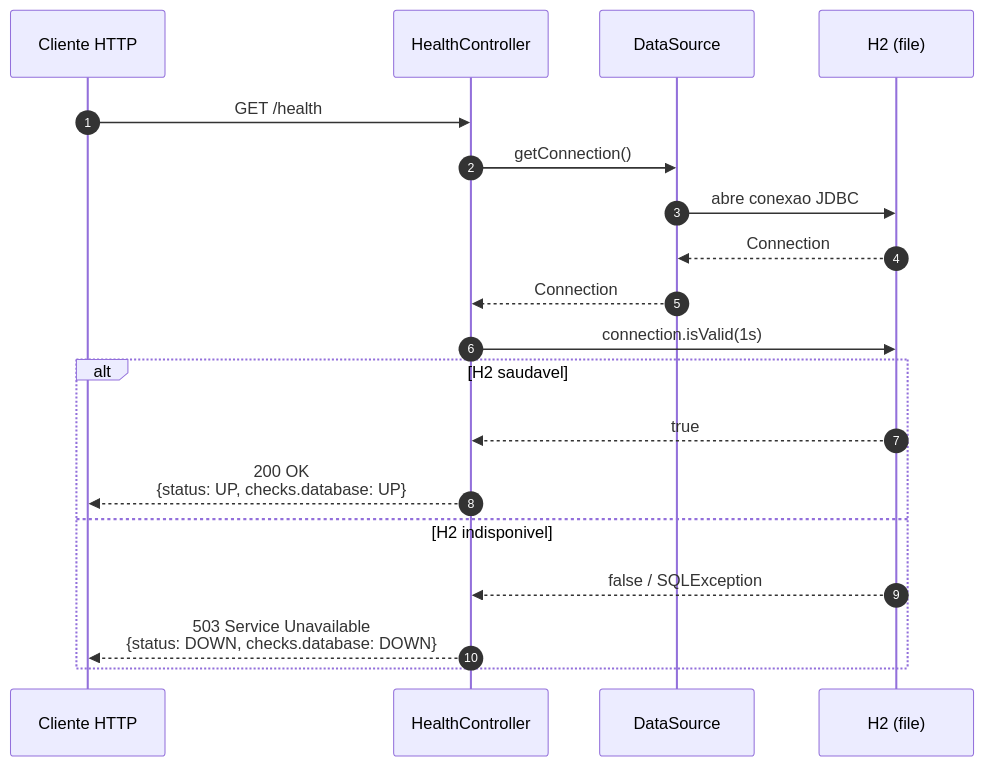
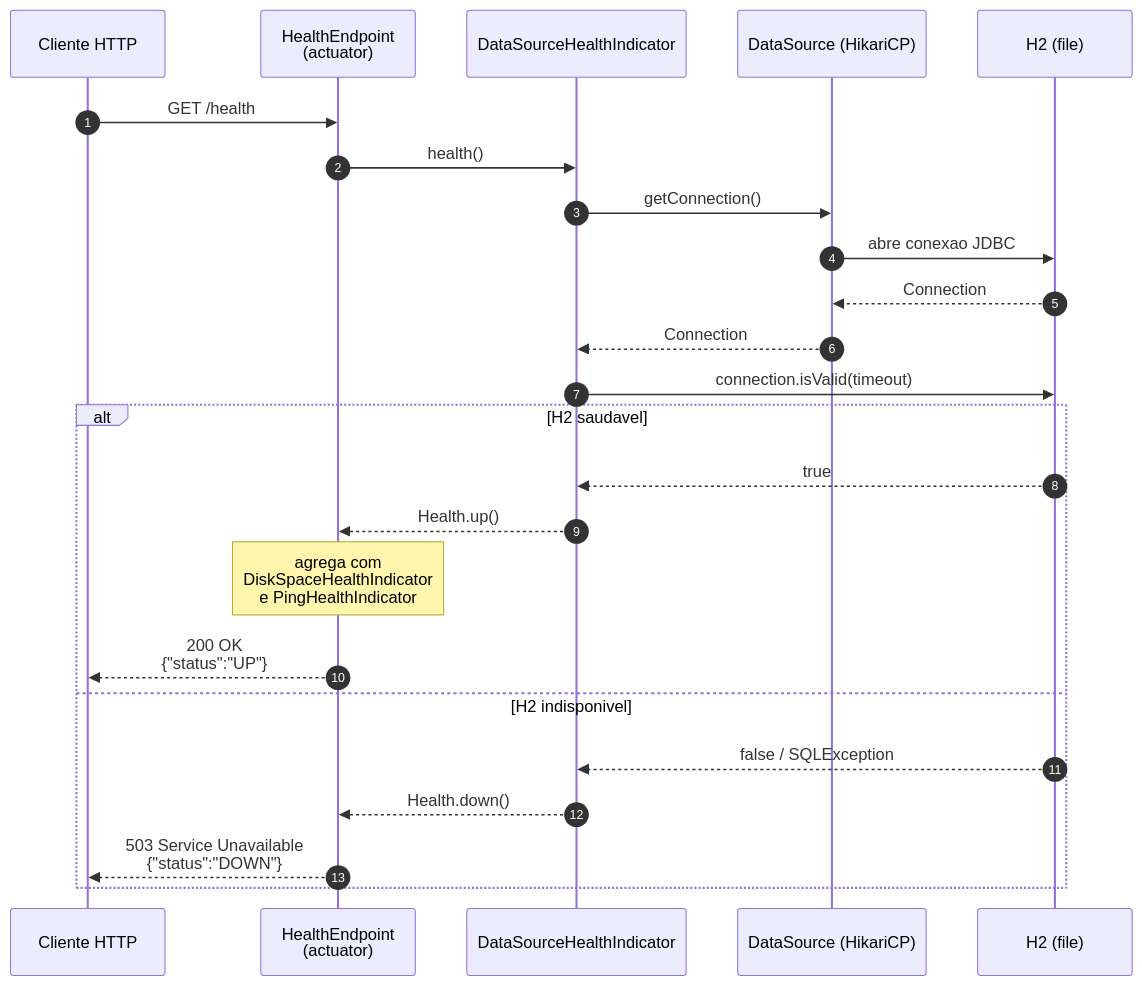
Before and after one commit to marcosandre19/ToDo-IA-ms: the fourth of 5 diagrams in docs/diagramas.md, drawn with Mermaid. The commit also changed other lines of this file and 3 other files, not shown here.

````diff
--- a/docs/diagramas.md
+++ b/docs/diagramas.md
@@ -124,23 +129,28 @@
 ```mermaid
 sequenceDiagram
     autonumber
     participant C as Cliente HTTP
-    participant HC as HealthController
-    participant DS as DataSource
+    participant HE as HealthEndpoint<br/>(actuator)
+    participant DHI as DataSourceHealthIndicator
+    participant DS as DataSource (HikariCP)
     participant H2 as H2 (file)
 
-    C->>HC: GET /health
-    HC->>DS: getConnection()
+    C->>HE: GET /health
+    HE->>DHI: health()
+    DHI->>DS: getConnection()
     DS->>H2: abre conexao JDBC
     H2-->>DS: Connection
-    DS-->>HC: Connection
-    HC->>H2: connection.isValid(1s)
+    DS-->>DHI: Connection
+    DHI->>H2: connection.isValid(timeout)
 
     alt H2 saudavel
-        H2-->>HC: true
-        HC-->>C: 200 OK<br/>{status: UP, checks.database: UP}
+        H2-->>DHI: true
+        DHI-->>HE: Health.up()
+        Note over HE: agrega com<br/>DiskSpaceHealthIndicator<br/>e PingHealthIndicator
+        HE-->>C: 200 OK<br/>{"status":"UP"}
     else H2 indisponivel
-        H2-->>HC: false / SQLException
-        HC-->>C: 503 Service Unavailable<br/>{status: DOWN, checks.database: DOWN}
+        H2-->>DHI: false / SQLException
+        DHI-->>HE: Health.down()
+        HE-->>C: 503 Service Unavailable<br/>{"status":"DOWN"}
     end
 ```
````
